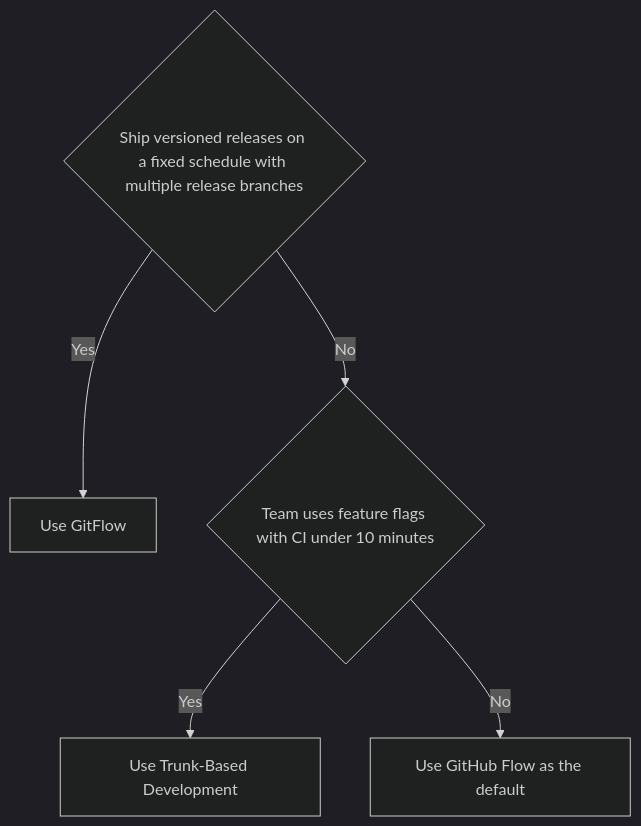
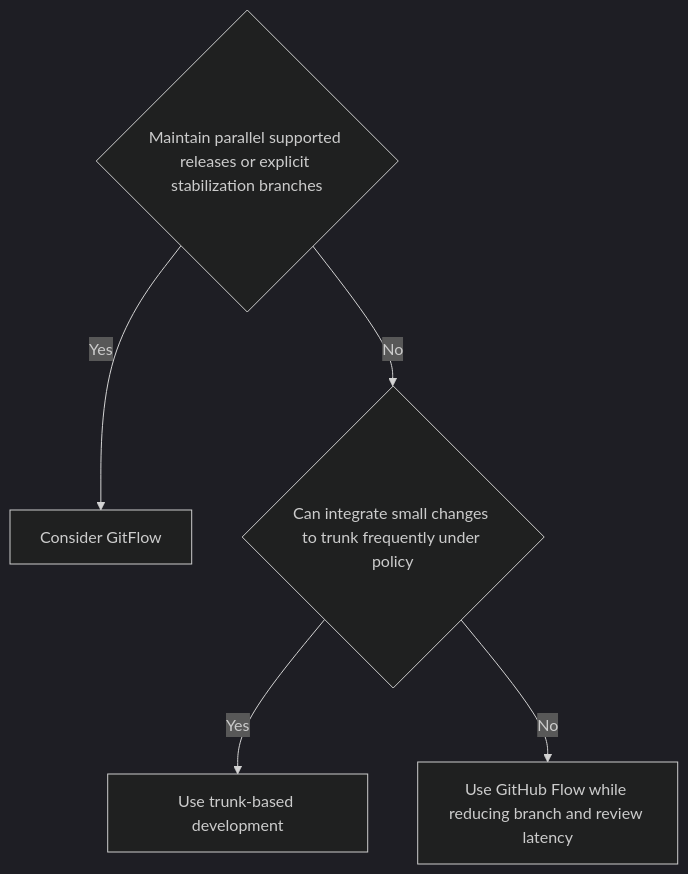
One commit to grafanaKibana/devbook.zip changed the diagram in Vault/Home/DevOps/Version Control Systems/Branching Stratagies.md. Above: the diagram before and after it, drawn with Mermaid (dark theme). The commit also changed other lines of this file and 349 other files, not shown here.

````diff
--- a/Vault/Home/DevOps/Version Control Systems/Branching Stratagies.md
+++ b/Vault/Home/DevOps/Version Control Systems/Branching Stratagies.md
@@ -65,7 +65,7 @@
 ```mermaid
 flowchart TD
-    A{Ship versioned releases on a fixed schedule with multiple release branches} -->|Yes| B[Use GitFlow]
-    A -->|No| C{Team uses feature flags with CI under 10 minutes}
-    C -->|Yes| D[Use Trunk-Based Development]
-    C -->|No| E[Use GitHub Flow as the default]
+    A{Maintain parallel supported releases or explicit stabilization branches} -->|Yes| B[Consider GitFlow]
+    A -->|No| C{Can integrate small changes to trunk frequently under policy}
+    C -->|Yes| D[Use trunk-based development]
+    C -->|No| E[Use GitHub Flow while reducing branch and review latency]
 ```
````
